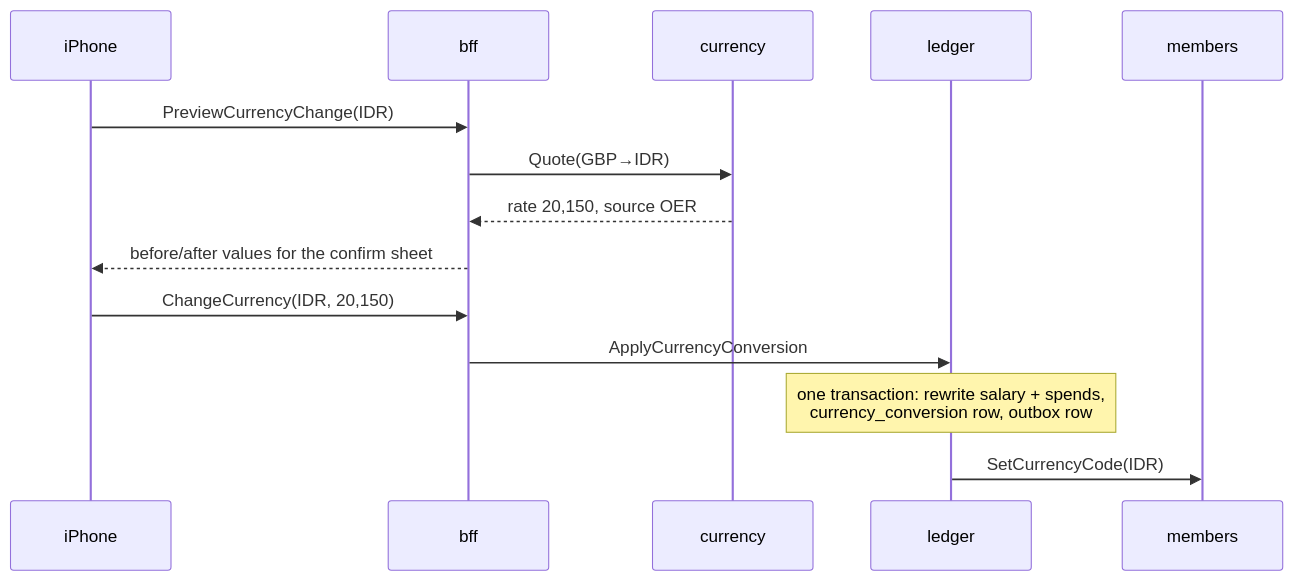
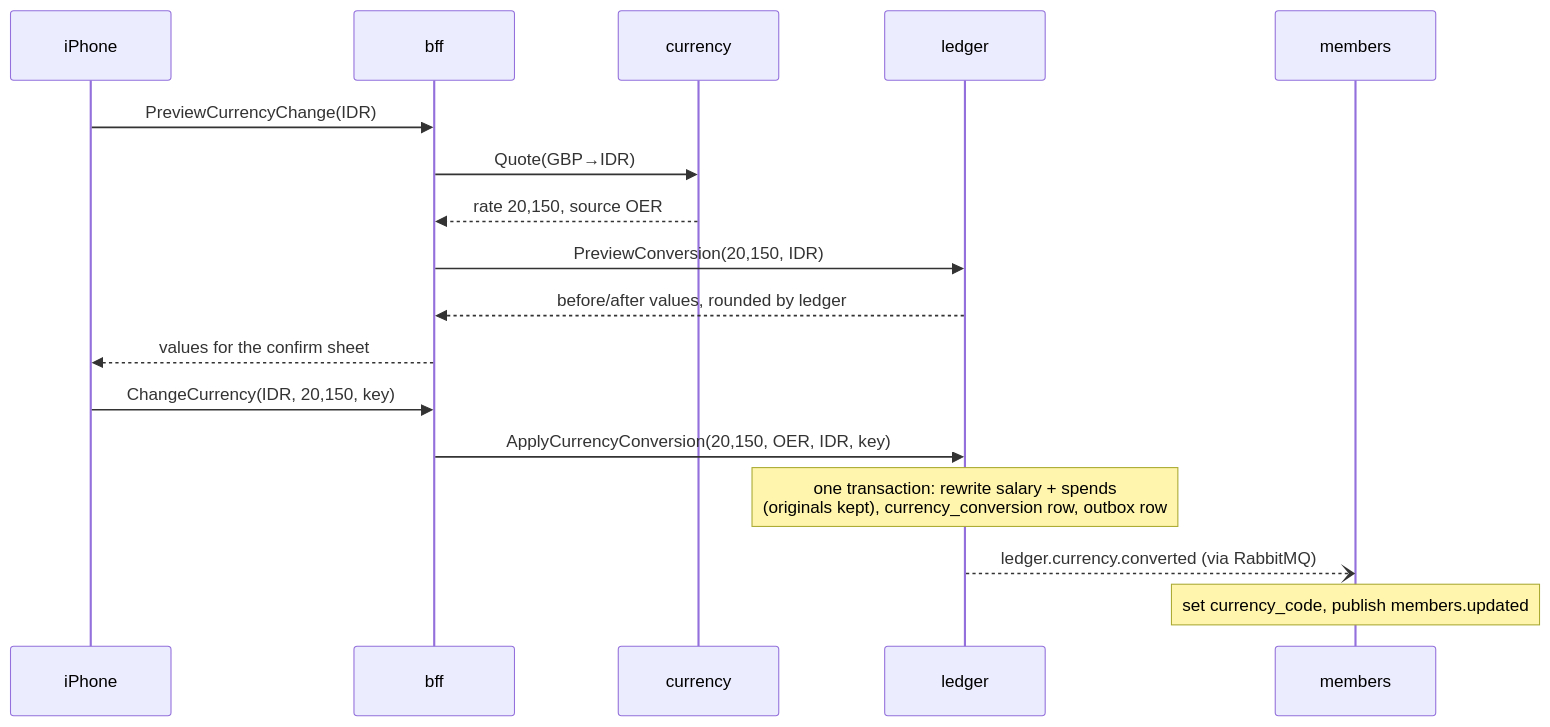
One commit to ravialdyh/my-money-recap-monorepo changed the fifth of 6 diagrams in docs/ARCHITECTURE.md. Above: the diagram before and after it, drawn with Mermaid. The commit also changed other lines of this file and 1 other file, not shown here.

First line of the commit message:
docs: architecture review fixes — idempotency in the owning service, notify optional, deletion tracking, schedule columns, §8 in one place

````diff
--- a/docs/ARCHITECTURE.md
+++ b/docs/ARCHITECTURE.md
@@ -229,16 +234,19 @@
 ```mermaid
 sequenceDiagram
     participant P as iPhone
     participant B as bff
     participant C as currency
     participant L as ledger
     participant M as members
     P->>B: PreviewCurrencyChange(IDR)
     B->>C: Quote(GBP→IDR)
     C-->>B: rate 20,150, source OER
-    B-->>P: before/after values for the confirm sheet
-    P->>B: ChangeCurrency(IDR, 20,150)
-    B->>L: ApplyCurrencyConversion
-    Note over L: one transaction: rewrite salary + spends,<br/>currency_conversion row, outbox row
-    L->>M: SetCurrencyCode(IDR)
+    B->>L: PreviewConversion(20,150, IDR)
+    L-->>B: before/after values, rounded by ledger
+    B-->>P: values for the confirm sheet
+    P->>B: ChangeCurrency(IDR, 20,150, key)
+    B->>L: ApplyCurrencyConversion(20,150, OER, IDR, key)
+    Note over L: one transaction: rewrite salary + spends<br/>(originals kept), currency_conversion row, outbox row
+    L--)M: ledger.currency.converted (via RabbitMQ)
+    Note over M: set currency_code, publish members.updated
 ```
````
